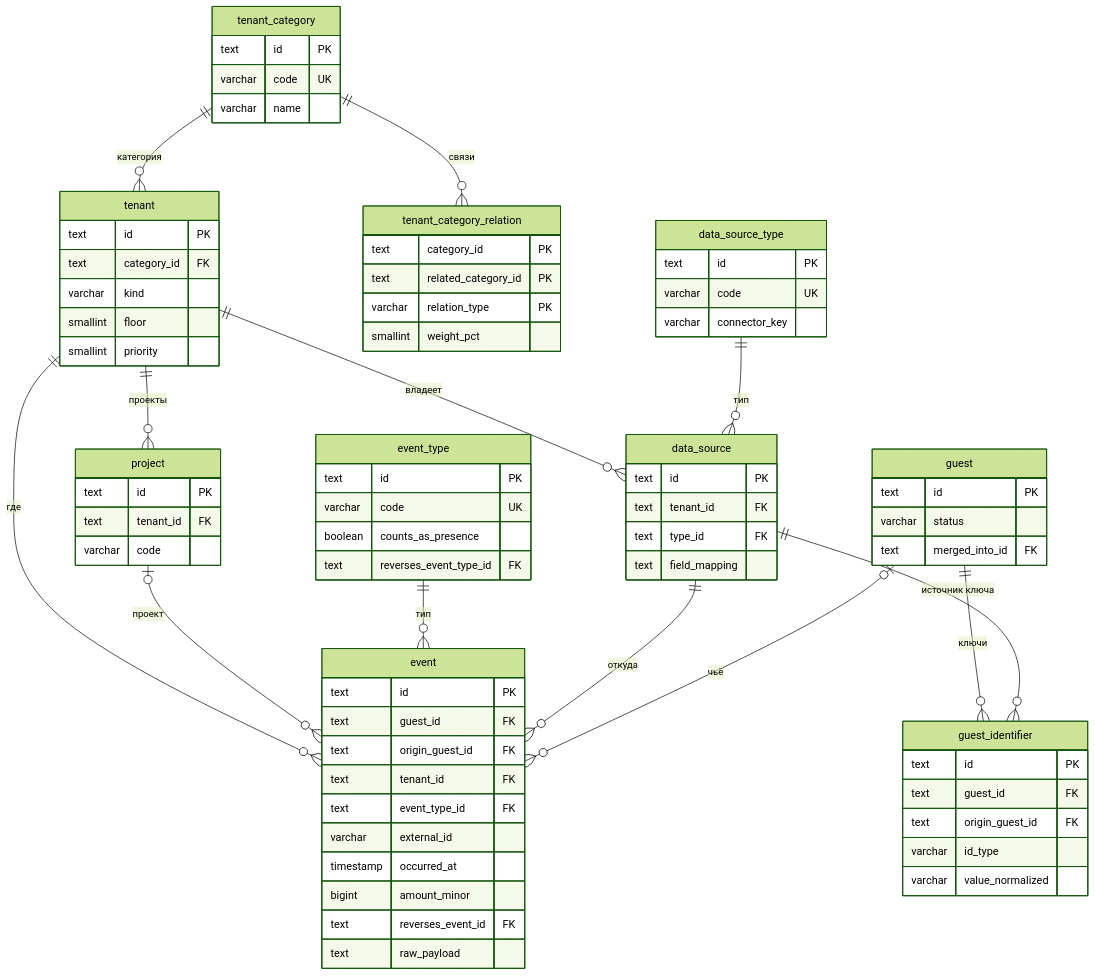
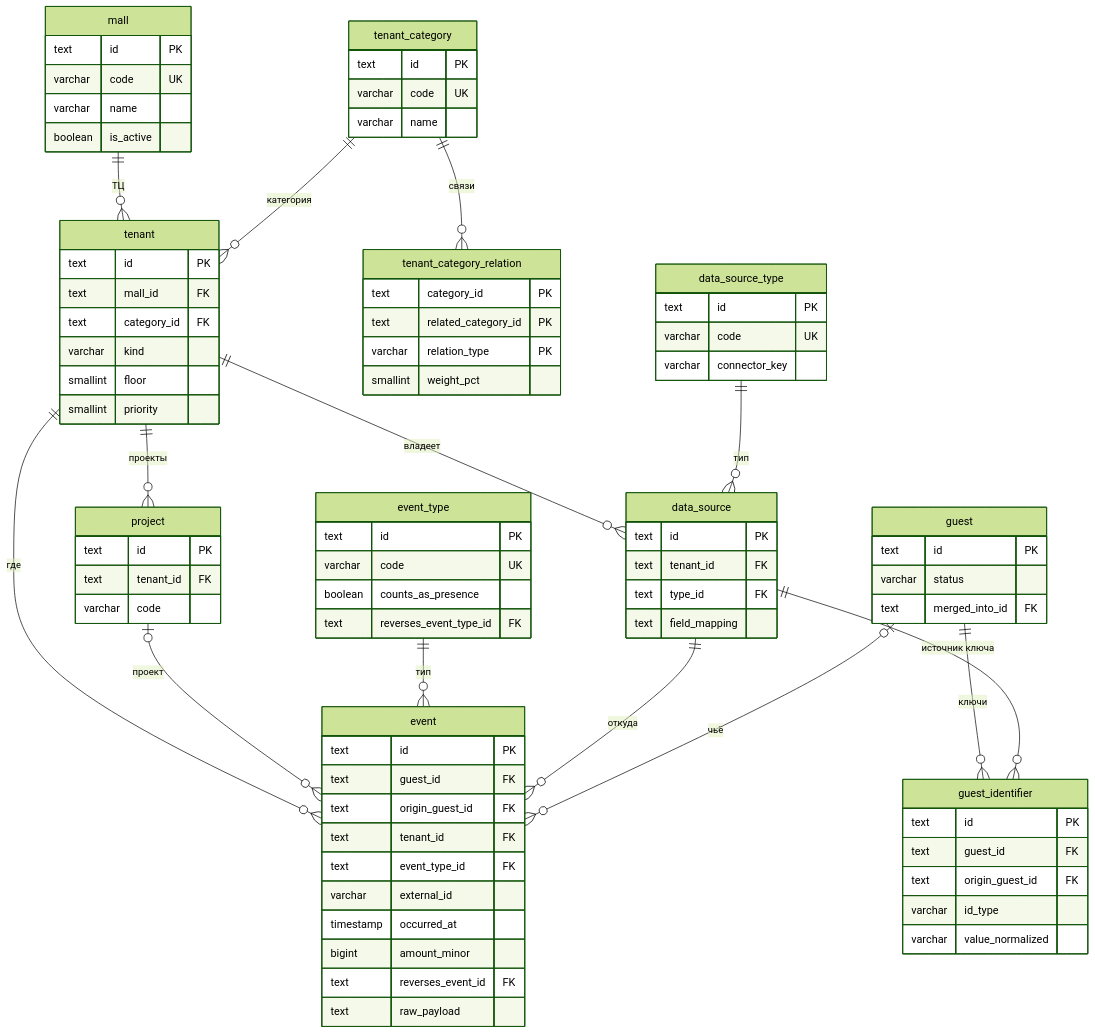
The first of 4 diagrams in docs/design/05-er-data-model.md (MangriMen/UCRP), drawn with Mermaid (forest theme) before and after one commit. The commit also changed other lines of this file and 80 other files, not shown here.

````diff
--- a/docs/design/05-er-data-model.md
+++ b/docs/design/05-er-data-model.md
@@ -36,5 +37,6 @@
 ```mermaid
 erDiagram
+  mall ||--o{ tenant : "ТЦ"
   tenant_category ||--o{ tenant : "категория"
   tenant_category ||--o{ tenant_category_relation : "связи"
   tenant ||--o{ project : "проекты"
@@ -59,8 +61,15 @@
     varchar relation_type PK
     smallint weight_pct
   }
+  mall {
+    text id PK
+    varchar code UK
+    varchar name
+    boolean is_active
+  }
   tenant {
     text id PK
+    text mall_id FK
     text category_id FK
     varchar kind
     smallint floor
````
